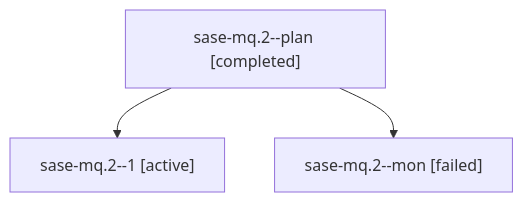
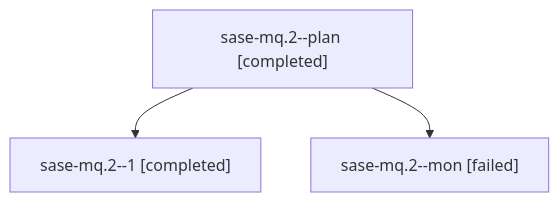
The diagram in families/bbugyi200.athena.sase-mq.2.md (sase-org/sase--agents), drawn with Mermaid before and after one commit. The commit also changed other lines of this file and 1441 other files, not shown here.

````diff
--- a/families/bbugyi200.athena.sase-mq.2.md
+++ b/families/bbugyi200.athena.sase-mq.2.md
@@ -9,8 +9,8 @@
 ```mermaid
 flowchart TD
   n0["sase-mq.2--plan [completed]"]
-  n1["sase-mq.2--1 [active]"]
+  n1["sase-mq.2--1 [completed]"]
   n0 --> n1
   n2["sase-mq.2--mon [failed]"]
   n0 --> n2
 ```
````
